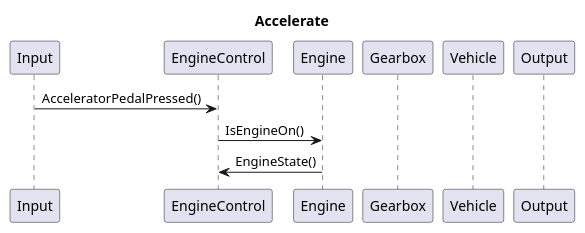
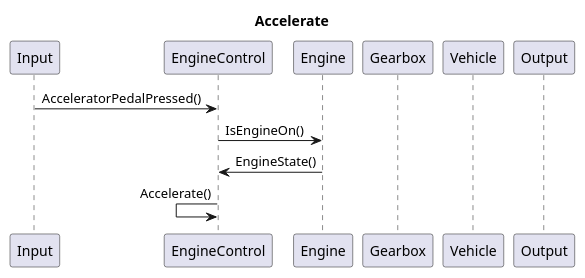
Before and after one commit to SubspaceBob/bootcamp_project: the diagram in docs/src/sequence_accelerate.wsd, drawn with PlantUML. The commit also changed 5 other files, not shown here.

Commit message:
updates to sequence diagrams!

```diff
--- a/docs/src/sequence_accelerate.wsd
+++ b/docs/src/sequence_accelerate.wsd
@@ -1,13 +1,15 @@
 @startuml
 title Accelerate
 participant Input
 participant EngineControl
 participant Engine
 participant Gearbox
 participant Vehicle
 participant Output
 Input -> EngineControl : AcceleratorPedalPressed()
 EngineControl -> Engine : IsEngineOn()
 EngineControl <- Engine : EngineState()
+EngineControl <- EngineControl : Accelerate()
+
 
 @enduml
```
